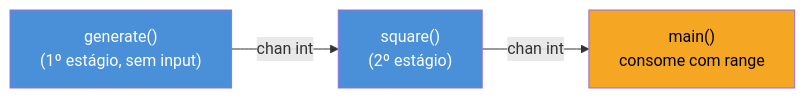
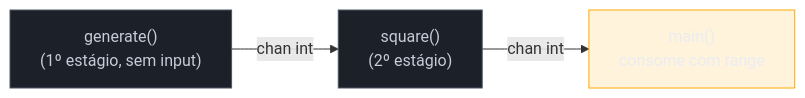
The first of 4 diagrams in 03-Dominios/Tecnologia/Go/08 - Channels e select/06 - Padrões — fan-in, fan-out, pipeline.md (josenaldo/codex-technomanticus), drawn with Mermaid before and after one commit. The commit also changed other lines of this file and 1181 other files, not shown here.

First line of the commit message:
fix(diagramas): paleta do sistema no lugar de cor cravada no markdown

````diff
--- a/03-Dominios/Tecnologia/Go/08 - Channels e select/06 - Padrões — fan-in, fan-out, pipeline.md
+++ b/03-Dominios/Tecnologia/Go/08 - Channels e select/06 - Padrões — fan-in, fan-out, pipeline.md
@@ -33,9 +33,11 @@
 ```mermaid
 flowchart LR
+    classDef neutro fill:#1B2029,stroke:#4E5666,color:#C6CCD8
+    classDef destaque fill:#FFAA0024,stroke:#FFAA00,color:#E9ECF2
     Gen["generate()\n(1º estágio, sem input)"] -->|"chan int"| Sq["square()\n(2º estágio)"]
     Sq -->|"chan int"| Main["main()\nconsome com range"]
 
-    style Gen fill:#4A90D9,color:#fff
-    style Sq fill:#4A90D9,color:#fff
-    style Main fill:#F5A623,color:#000
+    class Gen neutro
+    class Sq neutro
+    class Main destaque
 ```
````
